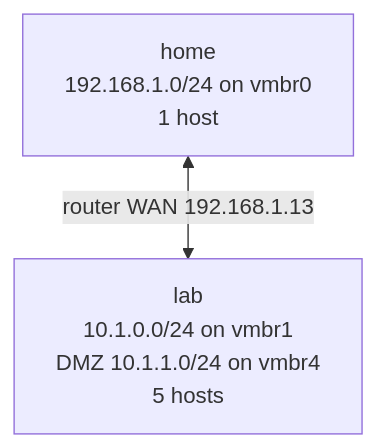
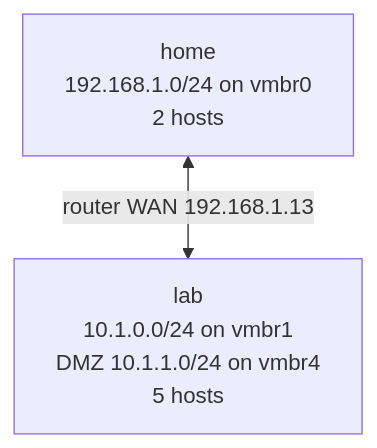
Before and after one commit to mwgolden/nixos: the diagram in docs/network-diagrams/README.md, drawn with Mermaid. The commit also changed other lines of this file and 16 other files, not shown here.

````diff
--- a/docs/network-diagrams/README.md
+++ b/docs/network-diagrams/README.md
@@ -10,6 +10,6 @@
 ```mermaid
 flowchart TB
-    n_home["home<br/>192.168.1.0/24 on vmbr0<br/>1 host"]
+    n_home["home<br/>192.168.1.0/24 on vmbr0<br/>2 hosts"]
     n_lab["lab<br/>10.1.0.0/24 on vmbr1<br/>DMZ 10.1.1.0/24 on vmbr4<br/>5 hosts"]
     n_home <-->|"router WAN 192.168.1.13"| n_lab
 ```
````
